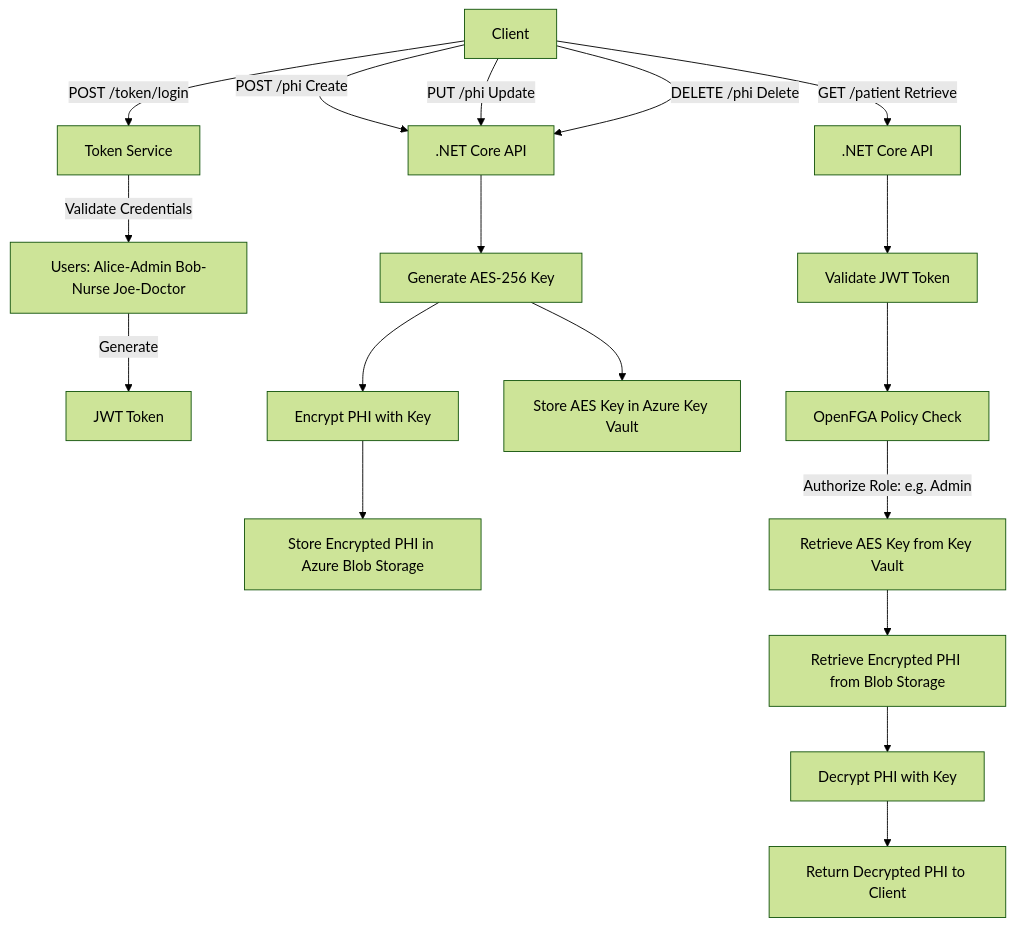
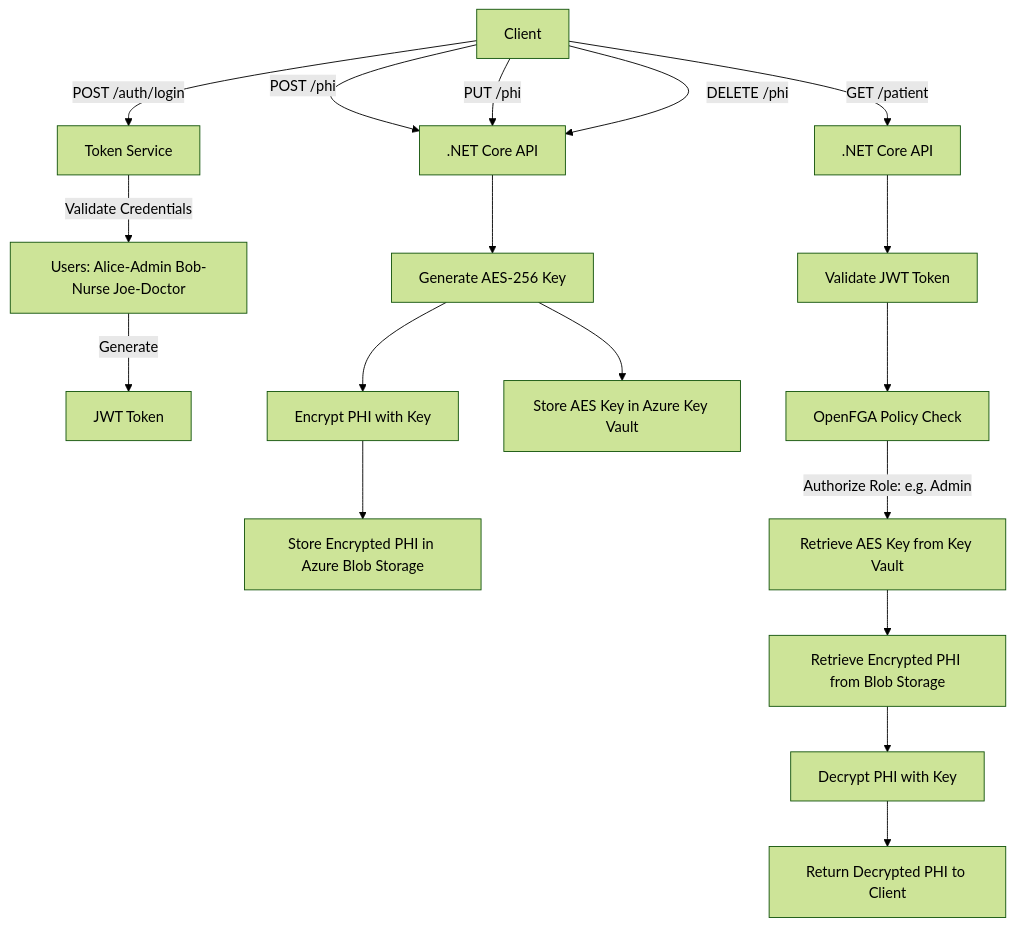
The first of 3 diagrams in README.md (ramital/SecureStorage), drawn with Mermaid (forest theme) before and after one commit. The commit also changed other lines of this file, not shown here.

````diff
--- a/README.md
+++ b/README.md
@@ -21,25 +21,25 @@
 ```mermaid
 graph TD
     %% Login Flow
-    A[Client] -->|POST /token/login| B[Token Service]
+    A[Client] -->|POST /auth/login| B[Token Service]
     B -->|Validate Credentials| C[Users: Alice-Admin Bob-Nurse Joe-Doctor]
     C -->|Generate| D[JWT Token]
 
     %% RESTful PHI Operations
-    A -->|POST /phi Create| E[.NET Core API]
+    A -->|POST /phi| E[.NET Core API]
     E --> F[Generate AES-256 Key]
     F --> G[Encrypt PHI with Key]
     G --> H[Store Encrypted PHI in Azure Blob Storage]
     F --> I[Store AES Key in Azure Key Vault]
 
-    A -->|GET /patient Retrieve| J[.NET Core API]
+    A -->|GET /patient | J[.NET Core API]
     J --> K[Validate JWT Token]
     K --> L[OpenFGA Policy Check]
     L -->|Authorize Role: e.g. Admin| M[Retrieve AES Key from Key Vault]
     M --> N[Retrieve Encrypted PHI from Blob Storage]
     N --> O[Decrypt PHI with Key]
     O --> P[Return Decrypted PHI to Client]
 
-    A -->|PUT /phi Update| E
-    A -->|DELETE /phi Delete| E
+    A -->|PUT /phi | E
+    A -->|DELETE /phi | E
 ```
````
